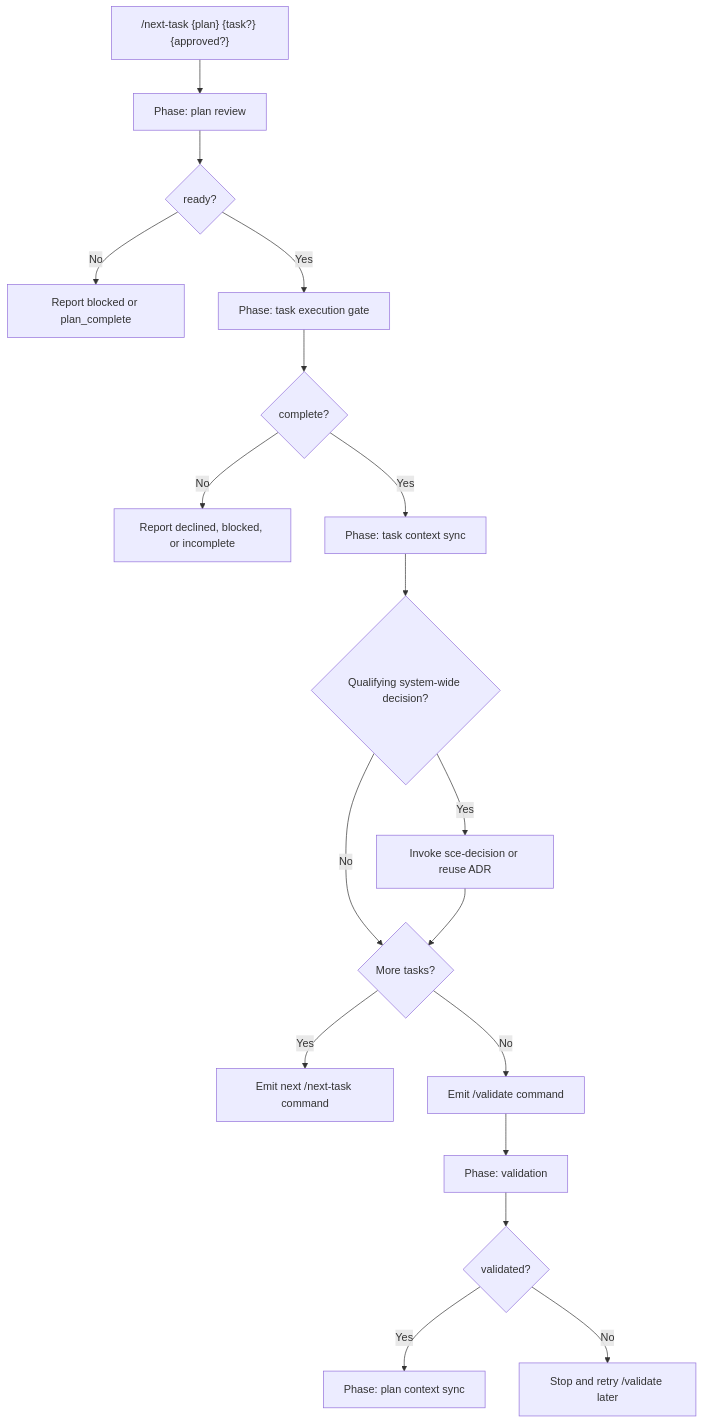
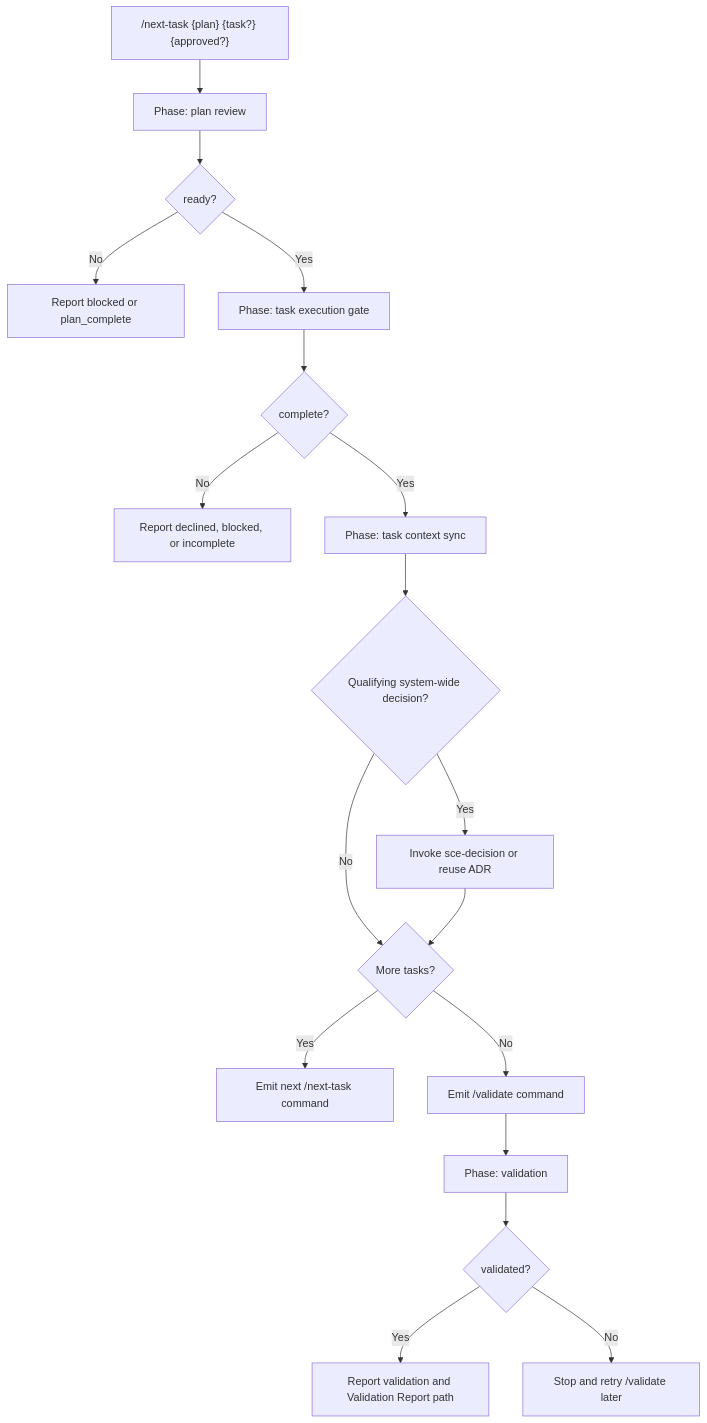
The diagram in context/sce/shared-context-code-workflow.md (crocoder-dev/shared-context-engineering), drawn with Mermaid before and after one commit. The commit also changed other lines of this file and 76 other files, not shown here.

````diff
--- a/context/sce/shared-context-code-workflow.md
+++ b/context/sce/shared-context-code-workflow.md
@@ -76,20 +76,20 @@
 ```mermaid
 flowchart TD
     A["/next-task {plan} {task?} {approved?}"] --> B["Phase: plan review"]
     B --> C{"ready?"}
     C -- "No" --> D["Report blocked or plan_complete"]
     C -- "Yes" --> E["Phase: task execution gate"]
     E --> F{"complete?"}
     F -- "No" --> G["Report declined, blocked, or incomplete"]
     F -- "Yes" --> H["Phase: task context sync"]
     H --> Q{"Qualifying system-wide decision?"}
     Q -- "Yes" --> R["Invoke sce-decision or reuse ADR"]
     Q -- "No" --> I{"More tasks?"}
     R --> I
     I -- "Yes" --> J["Emit next /next-task command"]
     I -- "No" --> K["Emit /validate command"]
     K --> L["Phase: validation"]
     L --> M{"validated?"}
-    M -- "Yes" --> N["Phase: plan context sync"]
+    M -- "Yes" --> N["Report validation and Validation Report path"]
     M -- "No" --> O["Stop and retry /validate later"]
 ```
````
